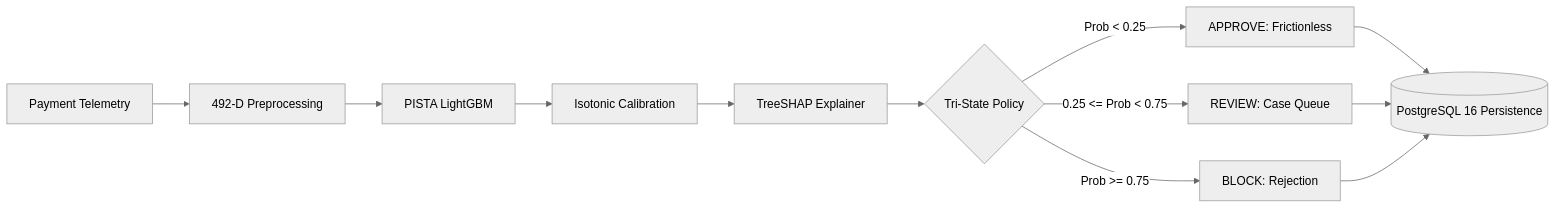
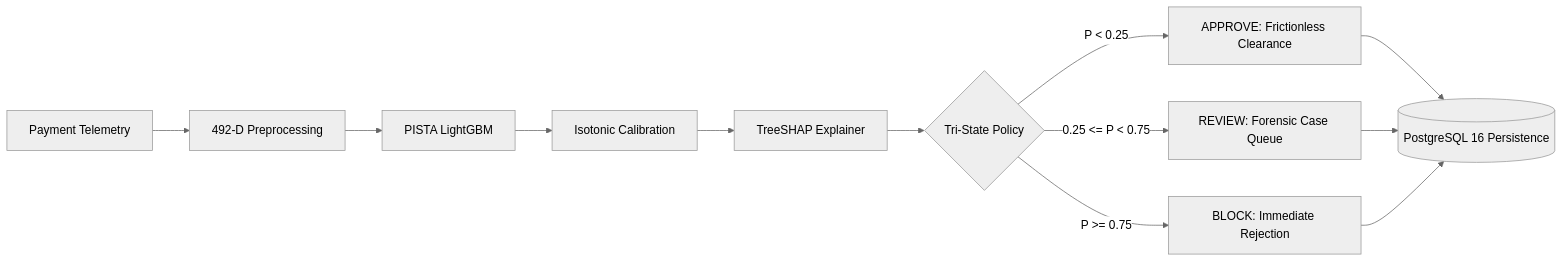
The first of 3 diagrams in README.md (gautamhardik/PISTA), drawn with Mermaid (neutral theme) before and after one commit. The commit also changed other lines of this file and 6 other files, not shown here.

````diff
--- a/README.md
+++ b/README.md
@@ -51,12 +89,12 @@
 ```mermaid
 graph LR
     A[Payment Telemetry] --> B[492-D Preprocessing]
     B --> C[PISTA LightGBM]
     C --> D[Isotonic Calibration]
     D --> E[TreeSHAP Explainer]
     E --> F{Tri-State Policy}
-    F -->|Prob < 0.25| G[APPROVE: Frictionless]
-    F -->|0.25 <= Prob < 0.75| H[REVIEW: Case Queue]
-    F -->|Prob >= 0.75| I[BLOCK: Rejection]
+    F -->|P < 0.25| G[APPROVE: Frictionless Clearance]
+    F -->|0.25 <= P < 0.75| H[REVIEW: Forensic Case Queue]
+    F -->|P >= 0.75| I[BLOCK: Immediate Rejection]
     G & H & I --> J[(PostgreSQL 16 Persistence)]
 ```
````
